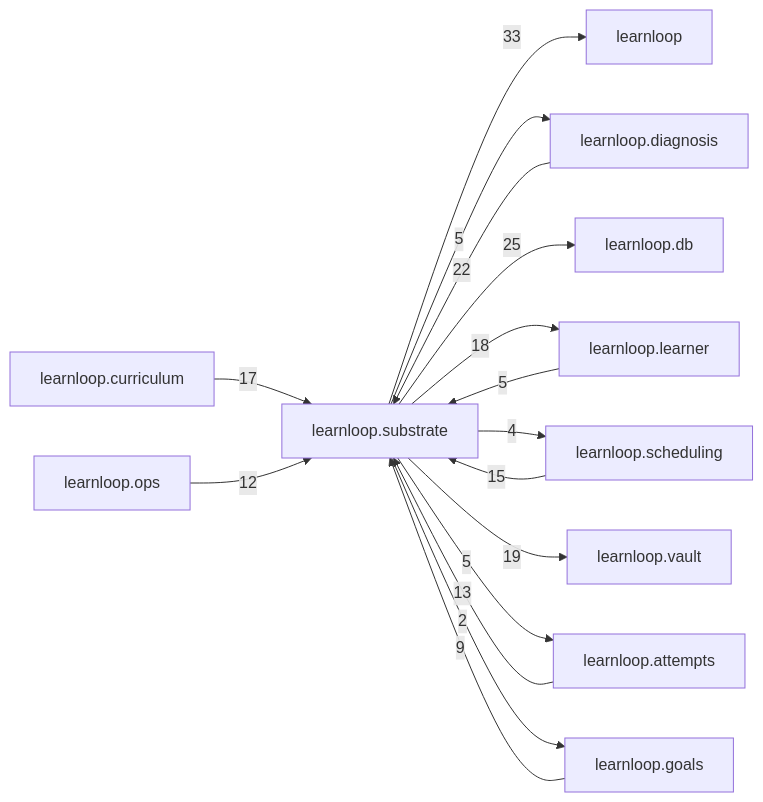
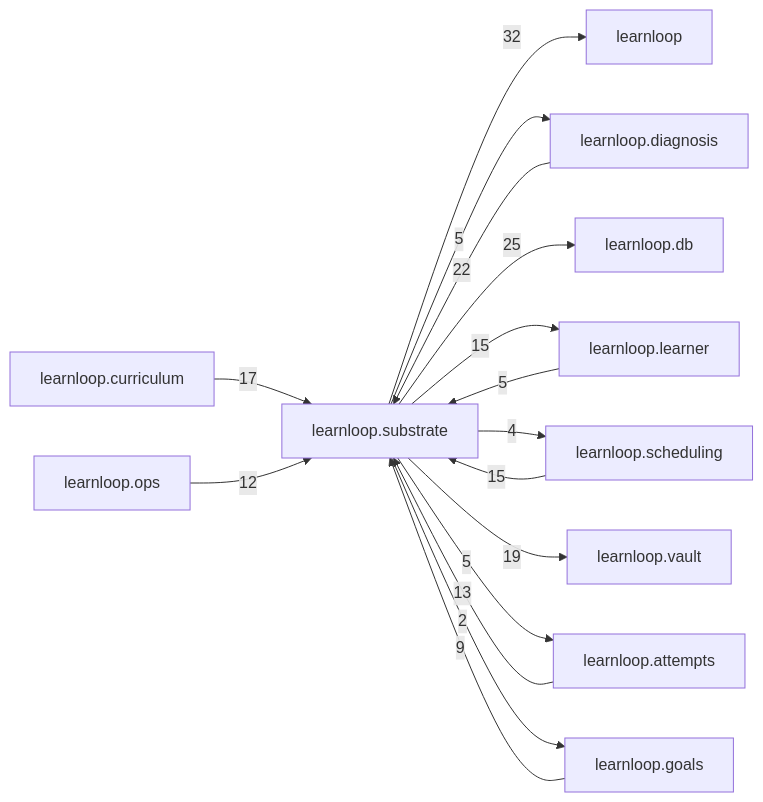
One commit to 6up-b/learnanything changed the diagram in docs/learnloop-architecture-vault/Reference/Modules/learnloop/substrate/_package.md. Above: the diagram before and after it, drawn with Mermaid. The commit also changed other lines of this file and 45 other files, not shown here.

````diff
--- a/docs/learnloop-architecture-vault/Reference/Modules/learnloop/substrate/_package.md
+++ b/docs/learnloop-architecture-vault/Reference/Modules/learnloop/substrate/_package.md
@@ -162,29 +162,29 @@
 ```mermaid
 flowchart LR
     center["learnloop.substrate"]
     n_learnloop["learnloop"]
     n_learnloop_diagnosis["learnloop.diagnosis"]
     n_learnloop_db["learnloop.db"]
     n_learnloop_learner["learnloop.learner"]
     n_learnloop_scheduling["learnloop.scheduling"]
     n_learnloop_vault["learnloop.vault"]
     n_learnloop_attempts["learnloop.attempts"]
     n_learnloop_curriculum["learnloop.curriculum"]
     n_learnloop_ops["learnloop.ops"]
     n_learnloop_goals["learnloop.goals"]
-    center -->|33| n_learnloop
+    center -->|32| n_learnloop
     n_learnloop_diagnosis -->|22| center
     center -->|5| n_learnloop_diagnosis
     center -->|25| n_learnloop_db
     n_learnloop_learner -->|5| center
-    center -->|18| n_learnloop_learner
+    center -->|15| n_learnloop_learner
     n_learnloop_scheduling -->|15| center
     center -->|4| n_learnloop_scheduling
     center -->|19| n_learnloop_vault
     n_learnloop_attempts -->|13| center
     center -->|5| n_learnloop_attempts
     n_learnloop_curriculum -->|17| center
     n_learnloop_ops -->|12| center
     n_learnloop_goals -->|9| center
     center -->|2| n_learnloop_goals
 ```
````
